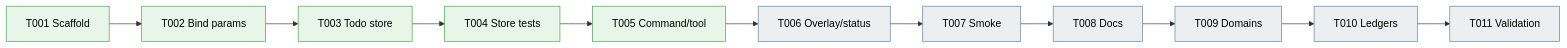
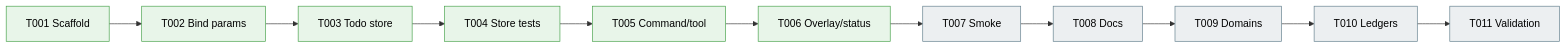
One commit to vaughanknight/pij changed the third of 3 diagrams in docs/plans/010-sql-backed-todo-extension/sql-backed-todo-extension.fltplan.md. Above: the diagram before and after it, drawn with Mermaid. The commit also changed other lines of this file and 4 other files, not shown here.

Commit message:
feat: add todo overlay and status

````diff
--- a/docs/plans/010-sql-backed-todo-extension/sql-backed-todo-extension.fltplan.md
+++ b/docs/plans/010-sql-backed-todo-extension/sql-backed-todo-extension.fltplan.md
@@ -128,9 +128,9 @@
 ```mermaid
 flowchart LR
     classDef pending fill:#ECEFF1,stroke:#607D8B,color:#000
     classDef active fill:#FFF3E0,stroke:#FB8C00,color:#000
     classDef done fill:#E8F5E9,stroke:#43A047,color:#000
     classDef blocked fill:#FFEBEE,stroke:#E53935,color:#000
 
-    S001[T001 Scaffold]:::done --> S002[T002 Bind params]:::done --> S003[T003 Todo store]:::done --> S004[T004 Store tests]:::done --> S005[T005 Command/tool]:::done --> S006[T006 Overlay/status]:::pending --> S007[T007 Smoke]:::pending --> S008[T008 Docs]:::pending --> S009[T009 Domains]:::pending --> S010[T010 Ledgers]:::pending --> S011[T011 Validation]:::pending
+    S001[T001 Scaffold]:::done --> S002[T002 Bind params]:::done --> S003[T003 Todo store]:::done --> S004[T004 Store tests]:::done --> S005[T005 Command/tool]:::done --> S006[T006 Overlay/status]:::done --> S007[T007 Smoke]:::pending --> S008[T008 Docs]:::pending --> S009[T009 Domains]:::pending --> S010[T010 Ledgers]:::pending --> S011[T011 Validation]:::pending
 ```
````
